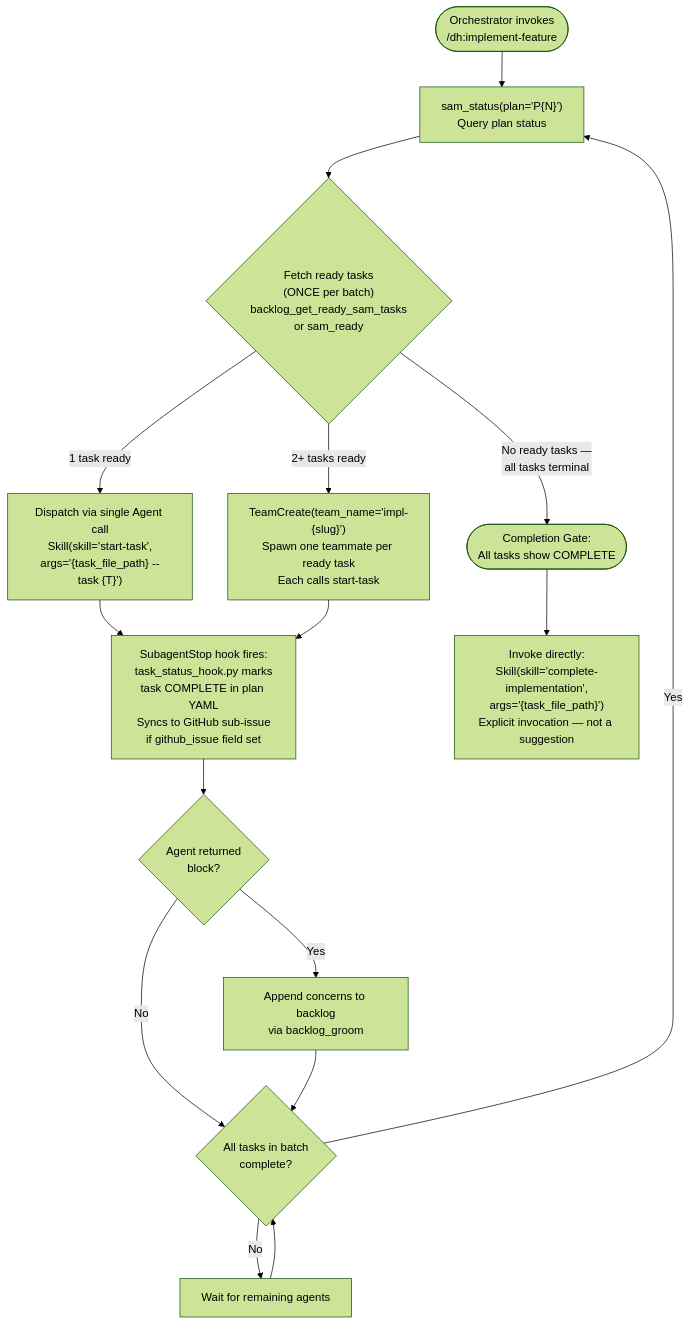
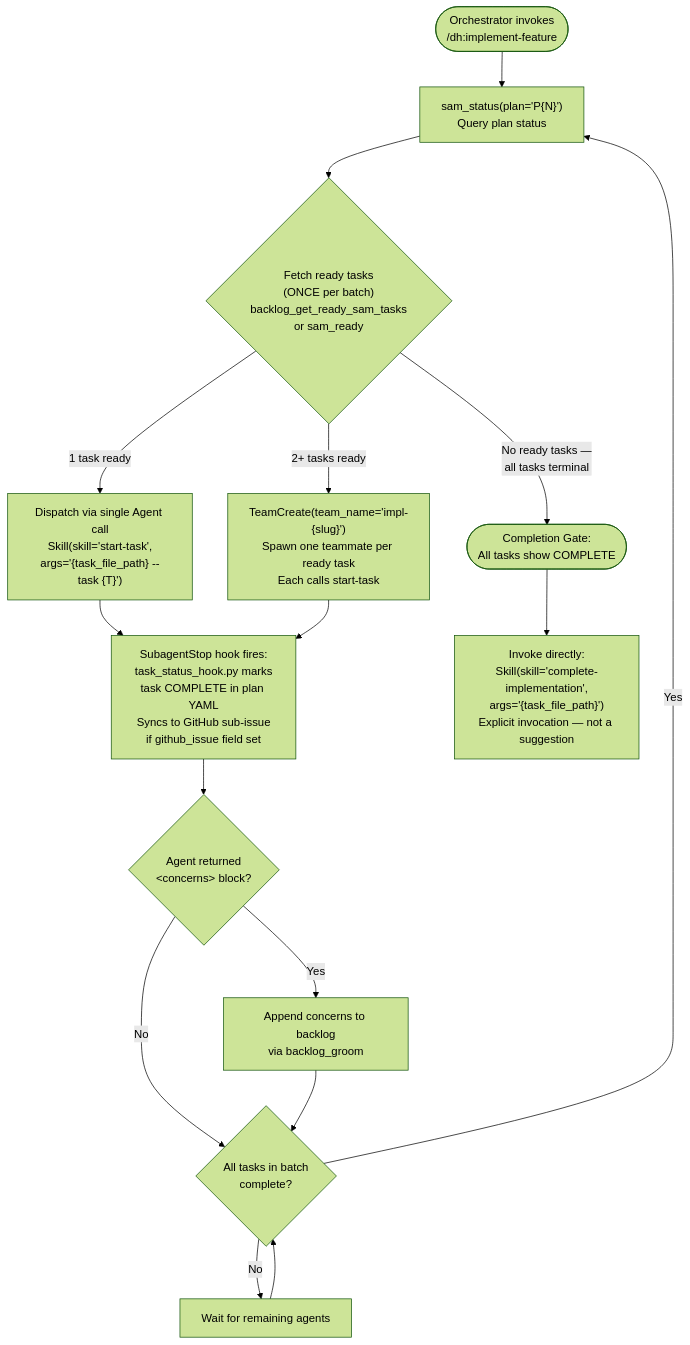
One commit to chgreer1070/claude_skills changed the sixth of 9 diagrams in plugins/development-harness/docs/backlog-item-lifecycle.md. Above: the diagram before and after it, drawn with Mermaid (forest theme). The commit also changed other lines of this file and 2 other files, not shown here.

First line of the commit message:
fix(dh): replace \n with <br> in lifecycle Mermaid diagrams and escape HTML

````diff
--- a/plugins/development-harness/docs/backlog-item-lifecycle.md
+++ b/plugins/development-harness/docs/backlog-item-lifecycle.md
@@ -277,27 +277,27 @@
 ```mermaid
 flowchart TD
-    Start(["Orchestrator invokes\n/dh:implement-feature"]) --> Status["sam_status(plan='P{N}')\nQuery plan status"]
+    Start(["Orchestrator invokes<br>/dh:implement-feature"]) --> Status["sam_status(plan='P{N}')<br>Query plan status"]
 
-    Status --> Ready{"Fetch ready tasks\n(ONCE per batch)\nbacklog_get_ready_sam_tasks\nor sam_ready"}
-    Ready -->|"No ready tasks —\nall tasks terminal"| Complete
-    Ready -->|"1 task ready"| Single["Dispatch via single Agent call\nSkill(skill='start-task',\nargs='{task_file_path} --task {T}')"]
-    Ready -->|"2+ tasks ready"| Team["TeamCreate(team_name='impl-{slug}')\nSpawn one teammate per ready task\nEach calls start-task"]
+    Status --> Ready{"Fetch ready tasks<br>(ONCE per batch)<br>backlog_get_ready_sam_tasks<br>or sam_ready"}
+    Ready -->|"No ready tasks —<br>all tasks terminal"| Complete
+    Ready -->|"1 task ready"| Single["Dispatch via single Agent call<br>Skill(skill='start-task',<br>args='{task_file_path} --task {T}')"]
+    Ready -->|"2+ tasks ready"| Team["TeamCreate(team_name='impl-{slug}')<br>Spawn one teammate per ready task<br>Each calls start-task"]
 
     Single --> Hook
     Team --> Hook
 
-    Hook["SubagentStop hook fires:\ntask_status_hook.py marks\ntask COMPLETE in plan YAML\nSyncs to GitHub sub-issue\nif github_issue field set"]
+    Hook["SubagentStop hook fires:<br>task_status_hook.py marks<br>task COMPLETE in plan YAML<br>Syncs to GitHub sub-issue<br>if github_issue field set"]
 
-    Hook --> Concerns{"Agent returned\n<concerns> block?"}
-    Concerns -->|Yes| Log["Append concerns to backlog\nvia backlog_groom"]
+    Hook --> Concerns{"Agent returned<br>&lt;concerns&gt; block?"}
+    Concerns -->|Yes| Log["Append concerns to backlog<br>via backlog_groom"]
     Concerns -->|No| BatchDone
     Log --> BatchDone
 
-    BatchDone{"All tasks in batch\ncomplete?"}
+    BatchDone{"All tasks in batch<br>complete?"}
     BatchDone -->|No| Wait["Wait for remaining agents"]
     BatchDone -->|Yes| Status
     Wait --> BatchDone
 
-    Complete(["Completion Gate:\nAll tasks show COMPLETE"])
-    Complete --> Invoke["Invoke directly:\nSkill(skill='complete-implementation',\nargs='{task_file_path}')\nExplicit invocation — not a suggestion"]
+    Complete(["Completion Gate:<br>All tasks show COMPLETE"])
+    Complete --> Invoke["Invoke directly:<br>Skill(skill='complete-implementation',<br>args='{task_file_path}')<br>Explicit invocation — not a suggestion"]
 ```
````
